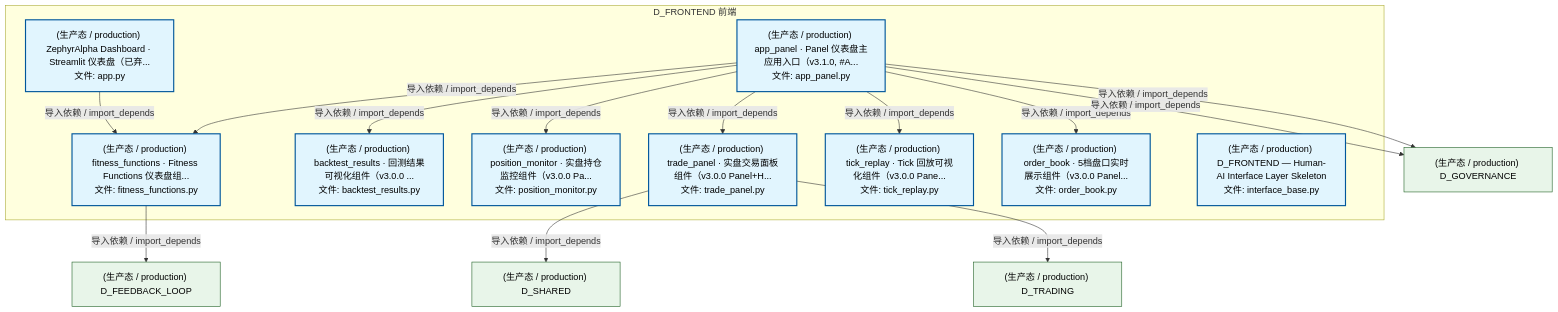
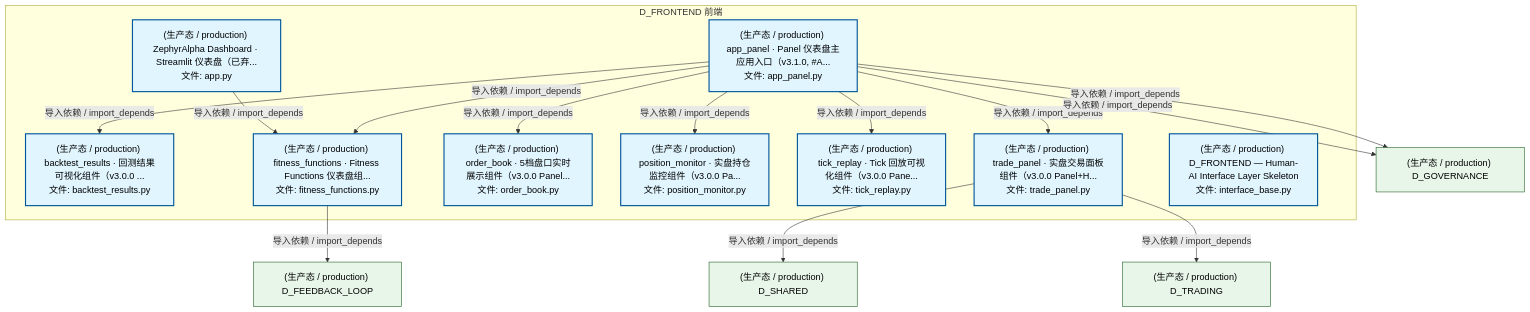
The second of 5 diagrams in docs/02_enterprise_architecture/02_domain_architecture_docs/15_d_frontend.md (xuanFelixVan/ZephyrAlpha), drawn with Mermaid before and after one commit. The commit also changed other lines of this file and 98 other files, not shown here.

````diff
--- a/docs/02_enterprise_architecture/02_domain_architecture_docs/15_d_frontend.md
+++ b/docs/02_enterprise_architecture/02_domain_architecture_docs/15_d_frontend.md
@@ -165,36 +165,36 @@
 ```mermaid
 graph TD
     subgraph D_FRONTEND["D_FRONTEND 前端"]
         src_zephyr_frontend_dashboard_app_py["(生产态 / production) ZephyrAlpha Dashboard · Streamlit 仪表盘（已弃...<br/>文件: app.py"]
         src_zephyr_frontend_dashboard_app_panel_py["(生产态 / production) app_panel · Panel 仪表盘主应用入口（v3.1.0, #A...<br/>文件: app_panel.py"]
         src_zephyr_frontend_dashboard_components_backtest_results_py["(生产态 / production) backtest_results · 回测结果可视化组件（v3.0.0 ...<br/>文件: backtest_results.py"]
         src_zephyr_frontend_dashboard_components_fitness_functions_py["(生产态 / production) fitness_functions · Fitness Functions 仪表盘组...<br/>文件: fitness_functions.py"]
         src_zephyr_frontend_dashboard_components_order_book_py["(生产态 / production) order_book · 5档盘口实时展示组件（v3.0.0 Panel...<br/>文件: order_book.py"]
         src_zephyr_frontend_dashboard_components_position_monitor_py["(生产态 / production) position_monitor · 实盘持仓监控组件（v3.0.0 Pa...<br/>文件: position_monitor.py"]
         src_zephyr_frontend_dashboard_components_tick_replay_py["(生产态 / production) tick_replay · Tick 回放可视化组件（v3.0.0 Pane...<br/>文件: tick_replay.py"]
         src_zephyr_frontend_dashboard_components_trade_panel_py["(生产态 / production) trade_panel · 实盘交易面板组件（v3.0.0 Panel+H...<br/>文件: trade_panel.py"]
         src_zephyr_frontend_interface_base_py["(生产态 / production) D_FRONTEND — Human-AI Interface Layer Skeleton<br/>文件: interface_base.py"]
     end
     src_zephyr_frontend_dashboard_app_py -->|导入依赖 / import_depends| src_zephyr_frontend_dashboard_components_fitness_functions_py
+    src_zephyr_frontend_dashboard_app_panel_py -->|导入依赖 / import_depends| src_zephyr_frontend_dashboard_components_backtest_results_py
     src_zephyr_frontend_dashboard_app_panel_py -->|导入依赖 / import_depends| src_zephyr_frontend_dashboard_components_fitness_functions_py
-    src_zephyr_frontend_dashboard_app_panel_py -->|导入依赖 / import_depends| src_zephyr_frontend_dashboard_components_backtest_results_py
+    src_zephyr_frontend_dashboard_app_panel_py -->|导入依赖 / import_depends| src_zephyr_frontend_dashboard_components_order_book_py
+    src_zephyr_frontend_dashboard_app_panel_py -->|导入依赖 / import_depends| src_zephyr_frontend_dashboard_components_trade_panel_py
     src_zephyr_frontend_dashboard_app_panel_py -->|导入依赖 / import_depends| src_zephyr_frontend_dashboard_components_position_monitor_py
-    src_zephyr_frontend_dashboard_app_panel_py -->|导入依赖 / import_depends| src_zephyr_frontend_dashboard_components_trade_panel_py
     src_zephyr_frontend_dashboard_app_panel_py -->|导入依赖 / import_depends| src_zephyr_frontend_dashboard_components_tick_replay_py
-    src_zephyr_frontend_dashboard_app_panel_py -->|导入依赖 / import_depends| src_zephyr_frontend_dashboard_components_order_book_py
+    D_FEEDBACK_LOOP["(生产态 / production) D_FEEDBACK_LOOP"]
+    src_zephyr_frontend_dashboard_components_fitness_functions_py -->|导入依赖 / import_depends| D_FEEDBACK_LOOP
     D_GOVERNANCE["(生产态 / production) D_GOVERNANCE"]
     src_zephyr_frontend_dashboard_app_panel_py -->|导入依赖 / import_depends| D_GOVERNANCE
-    D_FEEDBACK_LOOP["(生产态 / production) D_FEEDBACK_LOOP"]
-    src_zephyr_frontend_dashboard_components_fitness_functions_py -->|导入依赖 / import_depends| D_FEEDBACK_LOOP
     D_SHARED["(生产态 / production) D_SHARED"]
     src_zephyr_frontend_dashboard_components_trade_panel_py -->|导入依赖 / import_depends| D_SHARED
     src_zephyr_frontend_dashboard_app_panel_py -->|导入依赖 / import_depends| D_GOVERNANCE
     D_TRADING["(生产态 / production) D_TRADING"]
     src_zephyr_frontend_dashboard_components_trade_panel_py -->|导入依赖 / import_depends| D_TRADING
     classDef production fill:#e1f5fe,stroke:#01579b,stroke-width:2px,color:#000
     classDef design fill:#fff3e0,stroke:#e65100,stroke-width:2px,color:#000,stroke-dasharray: 5 5
     classDef external_prod fill:#e8f5e9,stroke:#1b5e20,stroke-width:1px,color:#000
     classDef external_design fill:#fce4ec,stroke:#880e4f,stroke-width:1px,color:#000,stroke-dasharray: 5 5
     class src_zephyr_frontend_dashboard_app_py,src_zephyr_frontend_dashboard_app_panel_py,src_zephyr_frontend_dashboard_components_backtest_results_py,src_zephyr_frontend_dashboard_components_fitness_functions_py,src_zephyr_frontend_dashboard_components_order_book_py,src_zephyr_frontend_dashboard_components_position_monitor_py,src_zephyr_frontend_dashboard_components_tick_replay_py,src_zephyr_frontend_dashboard_components_trade_panel_py,src_zephyr_frontend_interface_base_py production
-    class D_GOVERNANCE,D_FEEDBACK_LOOP,D_SHARED,D_TRADING external_prod
+    class D_FEEDBACK_LOOP,D_GOVERNANCE,D_SHARED,D_TRADING external_prod
 ```
````
